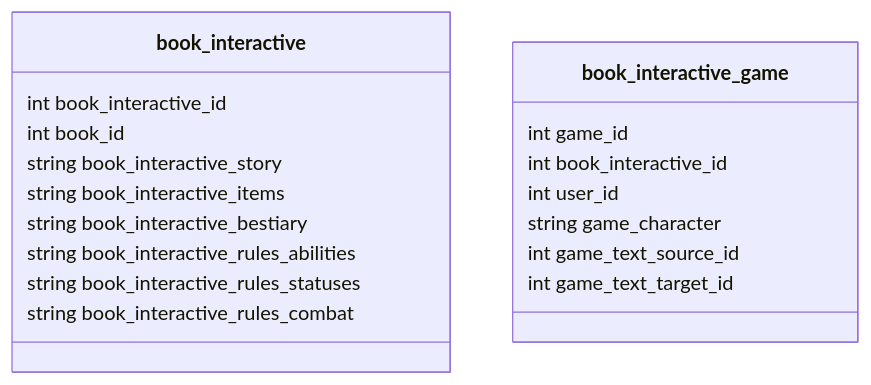
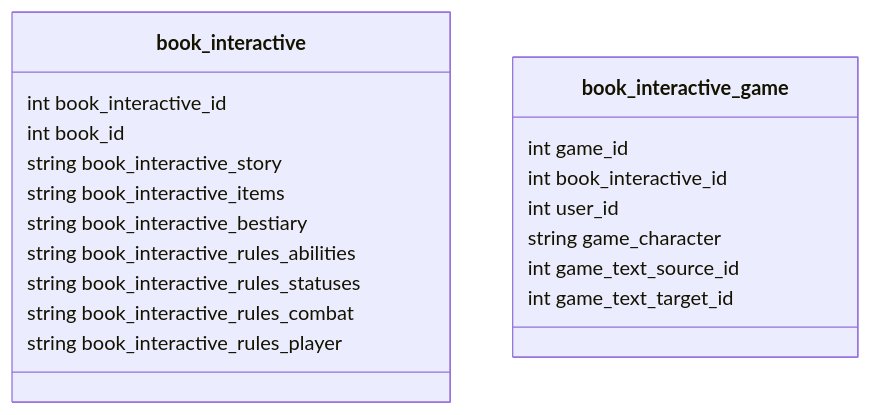
Before and after one commit to velkuns/game-text-engine: the diagram in README.md, drawn with Mermaid. The commit also changed other lines of this file, not shown here.

````diff
--- a/README.md
+++ b/README.md
@@ -505,26 +530,27 @@
 ```mermaid
 ---
 Tables diagram: nodes (v1)
 ---
 classDiagram
     
     class book_interactive {
         int book_interactive_id
         int book_id
         string book_interactive_story
         string book_interactive_items
         string book_interactive_bestiary
         string book_interactive_rules_abilities
         string book_interactive_rules_statuses
         string book_interactive_rules_combat
+        string book_interactive_rules_player
     }
     
     class book_interactive_game {
         int game_id
         int book_interactive_id
         int user_id
         string game_character
         int game_text_source_id
         int game_text_target_id
     }
 ```
````
